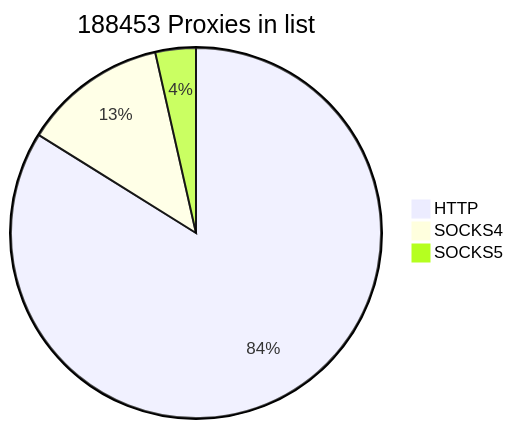
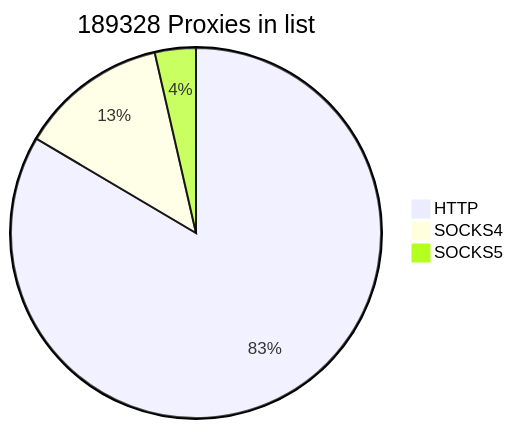
Before and after one commit to cutipu/proxylist: the first of 2 diagrams in README.md, drawn with Mermaid. The commit also changed other lines of this file, not shown here.

````diff
--- a/README.md
+++ b/README.md
@@ -2,7 +2,7 @@
 ```mermaid
-pie title 188453 Proxies in list
-    "HTTP" : 158066
-    "SOCKS4" : 23722
-    "SOCKS5" : 6665
+pie title 189328 Proxies in list
+    "HTTP" : 158086
+    "SOCKS4" : 24461
+    "SOCKS5" : 6781
             
 ```
````
